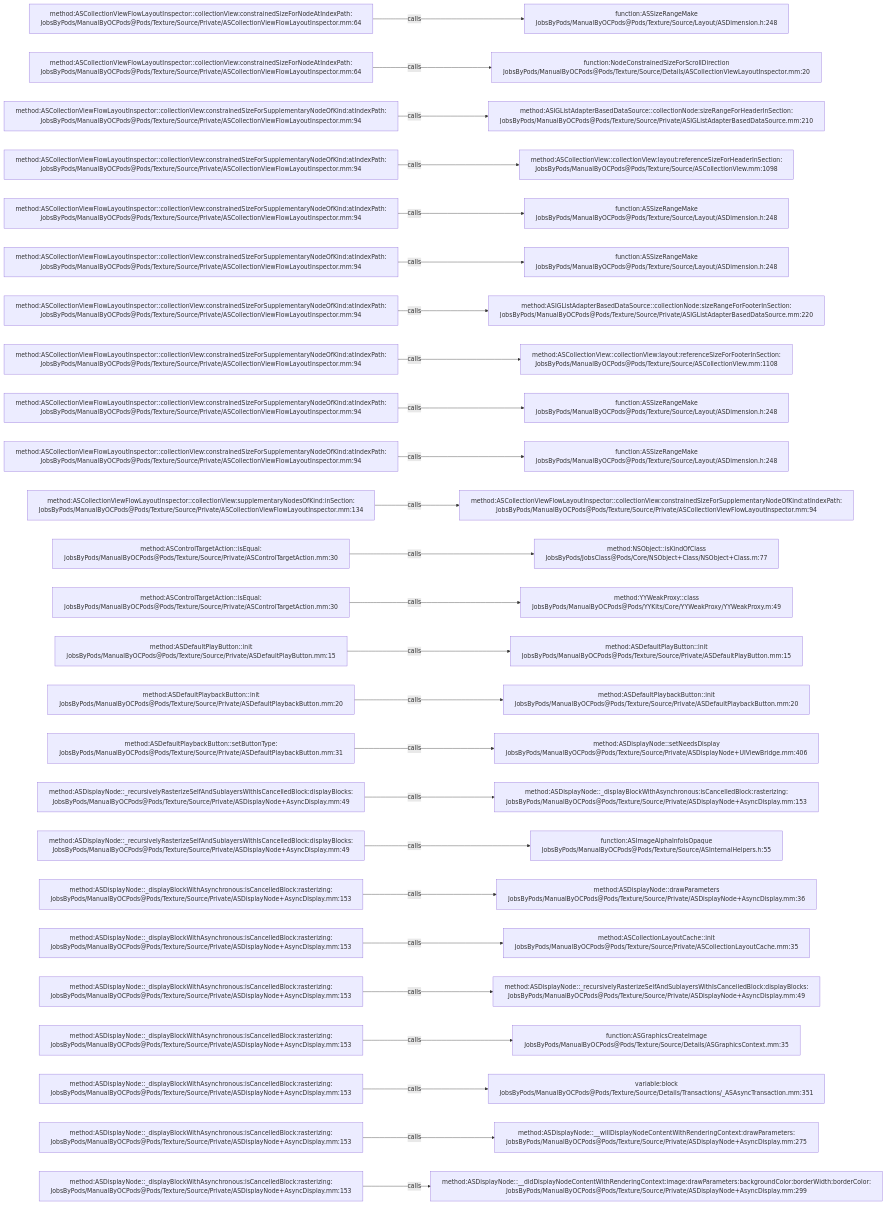
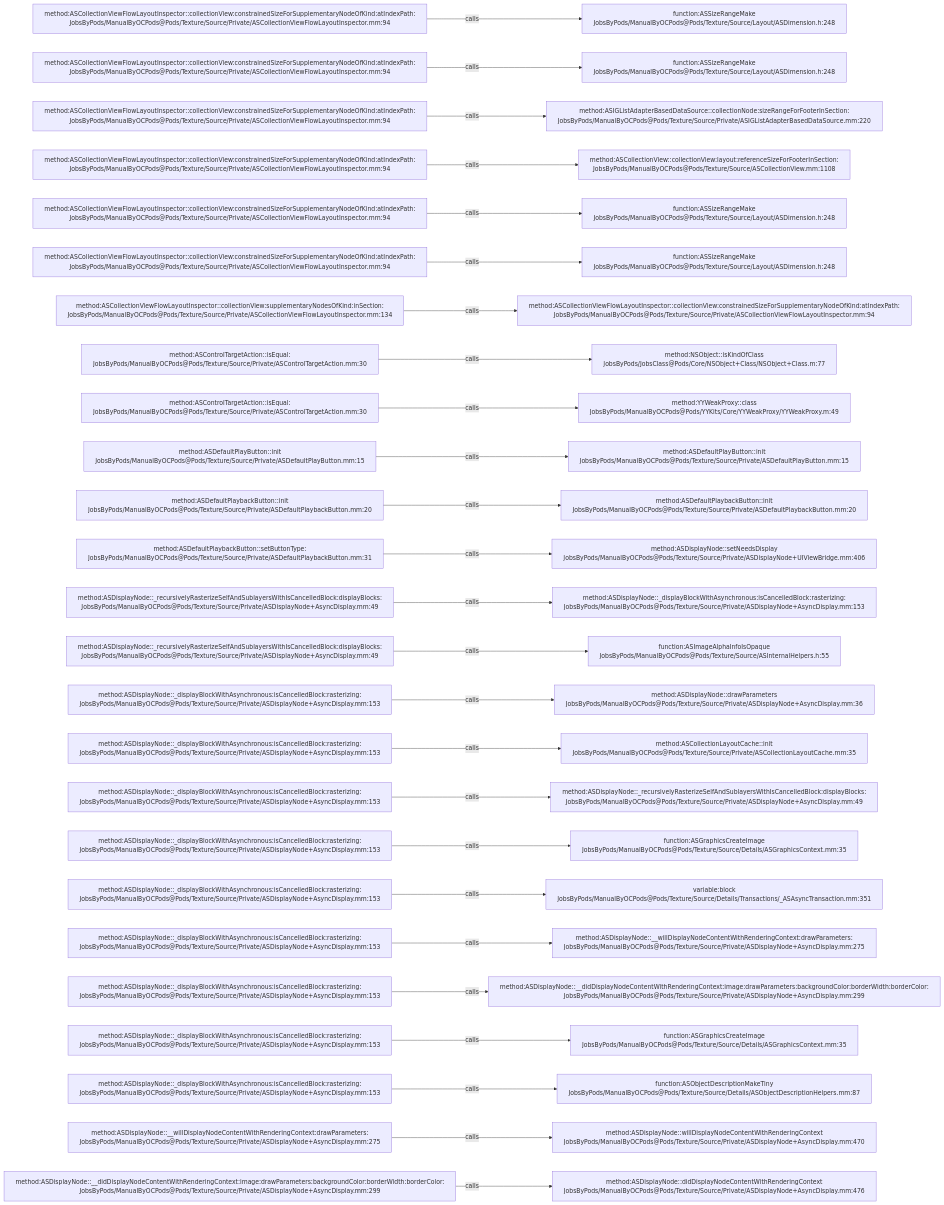
The diagram in .codegraph/codegraph.md/graphs/calls-184.md (JobsKits/JobsOCBaseConfigDemo), drawn with Mermaid before and after one commit. The commit also changed 727 other files, not shown here.

````diff
--- a/.codegraph/codegraph.md/graphs/calls-184.md
+++ b/.codegraph/codegraph.md/graphs/calls-184.md
@@ -13,78 +13,78 @@
 ```mermaid
 flowchart LR
-  S1["method:ASCollectionViewFlowLayoutInspector::collectionView:constrainedSizeForNodeAtIndexPath:<br/>JobsByPods/ManualByOCPods@Pods/Texture/Source/Private/ASCollectionViewFlowLayoutInspector.mm:64"]
+  S1["method:ASCollectionViewFlowLayoutInspector::collectionView:constrainedSizeForSupplementaryNodeOfKind:atIndexPath:<br/>JobsByPods/ManualByOCPods@Pods/Texture/Source/Private/ASCollectionViewFlowLayoutInspector.mm:94"]
   T1["function:ASSizeRangeMake<br/>JobsByPods/ManualByOCPods@Pods/Texture/Source/Layout/ASDimension.h:248"]
   S1 -->|calls| T1
-  S2["method:ASCollectionViewFlowLayoutInspector::collectionView:constrainedSizeForNodeAtIndexPath:<br/>JobsByPods/ManualByOCPods@Pods/Texture/Source/Private/ASCollectionViewFlowLayoutInspector.mm:64"]
-  T2["function:NodeConstrainedSizeForScrollDirection<br/>JobsByPods/ManualByOCPods@Pods/Texture/Source/Details/ASCollectionViewLayoutInspector.mm:20"]
+  S2["method:ASCollectionViewFlowLayoutInspector::collectionView:constrainedSizeForSupplementaryNodeOfKind:atIndexPath:<br/>JobsByPods/ManualByOCPods@Pods/Texture/Source/Private/ASCollectionViewFlowLayoutInspector.mm:94"]
+  T2["function:ASSizeRangeMake<br/>JobsByPods/ManualByOCPods@Pods/Texture/Source/Layout/ASDimension.h:248"]
   S2 -->|calls| T2
   S3["method:ASCollectionViewFlowLayoutInspector::collectionView:constrainedSizeForSupplementaryNodeOfKind:atIndexPath:<br/>JobsByPods/ManualByOCPods@Pods/Texture/Source/Private/ASCollectionViewFlowLayoutInspector.mm:94"]
-  T3["method:ASIGListAdapterBasedDataSource::collectionNode:sizeRangeForHeaderInSection:<br/>JobsByPods/ManualByOCPods@Pods/Texture/Source/Private/ASIGListAdapterBasedDataSource.mm:210"]
+  T3["method:ASIGListAdapterBasedDataSource::collectionNode:sizeRangeForFooterInSection:<br/>JobsByPods/ManualByOCPods@Pods/Texture/Source/Private/ASIGListAdapterBasedDataSource.mm:220"]
   S3 -->|calls| T3
   S4["method:ASCollectionViewFlowLayoutInspector::collectionView:constrainedSizeForSupplementaryNodeOfKind:atIndexPath:<br/>JobsByPods/ManualByOCPods@Pods/Texture/Source/Private/ASCollectionViewFlowLayoutInspector.mm:94"]
-  T4["method:ASCollectionView::collectionView:layout:referenceSizeForHeaderInSection:<br/>JobsByPods/ManualByOCPods@Pods/Texture/Source/ASCollectionView.mm:1098"]
+  T4["method:ASCollectionView::collectionView:layout:referenceSizeForFooterInSection:<br/>JobsByPods/ManualByOCPods@Pods/Texture/Source/ASCollectionView.mm:1108"]
   S4 -->|calls| T4
   S5["method:ASCollectionViewFlowLayoutInspector::collectionView:constrainedSizeForSupplementaryNodeOfKind:atIndexPath:<br/>JobsByPods/ManualByOCPods@Pods/Texture/Source/Private/ASCollectionViewFlowLayoutInspector.mm:94"]
   T5["function:ASSizeRangeMake<br/>JobsByPods/ManualByOCPods@Pods/Texture/Source/Layout/ASDimension.h:248"]
   S5 -->|calls| T5
   S6["method:ASCollectionViewFlowLayoutInspector::collectionView:constrainedSizeForSupplementaryNodeOfKind:atIndexPath:<br/>JobsByPods/ManualByOCPods@Pods/Texture/Source/Private/ASCollectionViewFlowLayoutInspector.mm:94"]
   T6["function:ASSizeRangeMake<br/>JobsByPods/ManualByOCPods@Pods/Texture/Source/Layout/ASDimension.h:248"]
   S6 -->|calls| T6
-  S7["method:ASCollectionViewFlowLayoutInspector::collectionView:constrainedSizeForSupplementaryNodeOfKind:atIndexPath:<br/>JobsByPods/ManualByOCPods@Pods/Texture/Source/Private/ASCollectionViewFlowLayoutInspector.mm:94"]
-  T7["method:ASIGListAdapterBasedDataSource::collectionNode:sizeRangeForFooterInSection:<br/>JobsByPods/ManualByOCPods@Pods/Texture/Source/Private/ASIGListAdapterBasedDataSource.mm:220"]
+  S7["method:ASCollectionViewFlowLayoutInspector::collectionView:supplementaryNodesOfKind:inSection:<br/>JobsByPods/ManualByOCPods@Pods/Texture/Source/Private/ASCollectionViewFlowLayoutInspector.mm:134"]
+  T7["method:ASCollectionViewFlowLayoutInspector::collectionView:constrainedSizeForSupplementaryNodeOfKind:atIndexPath:<br/>JobsByPods/ManualByOCPods@Pods/Texture/Source/Private/ASCollectionViewFlowLayoutInspector.mm:94"]
   S7 -->|calls| T7
-  S8["method:ASCollectionViewFlowLayoutInspector::collectionView:constrainedSizeForSupplementaryNodeOfKind:atIndexPath:<br/>JobsByPods/ManualByOCPods@Pods/Texture/Source/Private/ASCollectionViewFlowLayoutInspector.mm:94"]
-  T8["method:ASCollectionView::collectionView:layout:referenceSizeForFooterInSection:<br/>JobsByPods/ManualByOCPods@Pods/Texture/Source/ASCollectionView.mm:1108"]
+  S8["method:ASControlTargetAction::isEqual:<br/>JobsByPods/ManualByOCPods@Pods/Texture/Source/Private/ASControlTargetAction.mm:30"]
+  T8["method:NSObject::isKindOfClass<br/>JobsByPods/JobsClass@Pods/Core/NSObject+Class/NSObject+Class.m:77"]
   S8 -->|calls| T8
-  S9["method:ASCollectionViewFlowLayoutInspector::collectionView:constrainedSizeForSupplementaryNodeOfKind:atIndexPath:<br/>JobsByPods/ManualByOCPods@Pods/Texture/Source/Private/ASCollectionViewFlowLayoutInspector.mm:94"]
-  T9["function:ASSizeRangeMake<br/>JobsByPods/ManualByOCPods@Pods/Texture/Source/Layout/ASDimension.h:248"]
+  S9["method:ASControlTargetAction::isEqual:<br/>JobsByPods/ManualByOCPods@Pods/Texture/Source/Private/ASControlTargetAction.mm:30"]
+  T9["method:YYWeakProxy::class<br/>JobsByPods/ManualByOCPods@Pods/YYKits/Core/YYWeakProxy/YYWeakProxy.m:49"]
   S9 -->|calls| T9
-  S10["method:ASCollectionViewFlowLayoutInspector::collectionView:constrainedSizeForSupplementaryNodeOfKind:atIndexPath:<br/>JobsByPods/ManualByOCPods@Pods/Texture/Source/Private/ASCollectionViewFlowLayoutInspector.mm:94"]
-  T10["function:ASSizeRangeMake<br/>JobsByPods/ManualByOCPods@Pods/Texture/Source/Layout/ASDimension.h:248"]
+  S10["method:ASDefaultPlayButton::init<br/>JobsByPods/ManualByOCPods@Pods/Texture/Source/Private/ASDefaultPlayButton.mm:15"]
+  T10["method:ASDefaultPlayButton::init<br/>JobsByPods/ManualByOCPods@Pods/Texture/Source/Private/ASDefaultPlayButton.mm:15"]
   S10 -->|calls| T10
-  S11["method:ASCollectionViewFlowLayoutInspector::collectionView:supplementaryNodesOfKind:inSection:<br/>JobsByPods/ManualByOCPods@Pods/Texture/Source/Private/ASCollectionViewFlowLayoutInspector.mm:134"]
-  T11["method:ASCollectionViewFlowLayoutInspector::collectionView:constrainedSizeForSupplementaryNodeOfKind:atIndexPath:<br/>JobsByPods/ManualByOCPods@Pods/Texture/Source/Private/ASCollectionViewFlowLayoutInspector.mm:94"]
+  S11["method:ASDefaultPlaybackButton::init<br/>JobsByPods/ManualByOCPods@Pods/Texture/Source/Private/ASDefaultPlaybackButton.mm:20"]
+  T11["method:ASDefaultPlaybackButton::init<br/>JobsByPods/ManualByOCPods@Pods/Texture/Source/Private/ASDefaultPlaybackButton.mm:20"]
   S11 -->|calls| T11
-  S12["method:ASControlTargetAction::isEqual:<br/>JobsByPods/ManualByOCPods@Pods/Texture/Source/Private/ASControlTargetAction.mm:30"]
-  T12["method:NSObject::isKindOfClass<br/>JobsByPods/JobsClass@Pods/Core/NSObject+Class/NSObject+Class.m:77"]
+  S12["method:ASDefaultPlaybackButton::setButtonType:<br/>JobsByPods/ManualByOCPods@Pods/Texture/Source/Private/ASDefaultPlaybackButton.mm:31"]
+  T12["method:ASDisplayNode::setNeedsDisplay<br/>JobsByPods/ManualByOCPods@Pods/Texture/Source/Private/ASDisplayNode+UIViewBridge.mm:406"]
   S12 -->|calls| T12
-  S13["method:ASControlTargetAction::isEqual:<br/>JobsByPods/ManualByOCPods@Pods/Texture/Source/Private/ASControlTargetAction.mm:30"]
-  T13["method:YYWeakProxy::class<br/>JobsByPods/ManualByOCPods@Pods/YYKits/Core/YYWeakProxy/YYWeakProxy.m:49"]
+  S13["method:ASDisplayNode::_recursivelyRasterizeSelfAndSublayersWithIsCancelledBlock:displayBlocks:<br/>JobsByPods/ManualByOCPods@Pods/Texture/Source/Private/ASDisplayNode+AsyncDisplay.mm:49"]
+  T13["method:ASDisplayNode::_displayBlockWithAsynchronous:isCancelledBlock:rasterizing:<br/>JobsByPods/ManualByOCPods@Pods/Texture/Source/Private/ASDisplayNode+AsyncDisplay.mm:153"]
   S13 -->|calls| T13
-  S14["method:ASDefaultPlayButton::init<br/>JobsByPods/ManualByOCPods@Pods/Texture/Source/Private/ASDefaultPlayButton.mm:15"]
-  T14["method:ASDefaultPlayButton::init<br/>JobsByPods/ManualByOCPods@Pods/Texture/Source/Private/ASDefaultPlayButton.mm:15"]
+  S14["method:ASDisplayNode::_recursivelyRasterizeSelfAndSublayersWithIsCancelledBlock:displayBlocks:<br/>JobsByPods/ManualByOCPods@Pods/Texture/Source/Private/ASDisplayNode+AsyncDisplay.mm:49"]
+  T14["function:ASImageAlphaInfoIsOpaque<br/>JobsByPods/ManualByOCPods@Pods/Texture/Source/ASInternalHelpers.h:55"]
   S14 -->|calls| T14
-  S15["method:ASDefaultPlaybackButton::init<br/>JobsByPods/ManualByOCPods@Pods/Texture/Source/Private/ASDefaultPlaybackButton.mm:20"]
-  T15["method:ASDefaultPlaybackButton::init<br/>JobsByPods/ManualByOCPods@Pods/Texture/Source/Private/ASDefaultPlaybackButton.mm:20"]
+  S15["method:ASDisplayNode::_displayBlockWithAsynchronous:isCancelledBlock:rasterizing:<br/>JobsByPods/ManualByOCPods@Pods/Texture/Source/Private/ASDisplayNode+AsyncDisplay.mm:153"]
+  T15["method:ASDisplayNode::drawParameters<br/>JobsByPods/ManualByOCPods@Pods/Texture/Source/Private/ASDisplayNode+AsyncDisplay.mm:36"]
   S15 -->|calls| T15
-  S16["method:ASDefaultPlaybackButton::setButtonType:<br/>JobsByPods/ManualByOCPods@Pods/Texture/Source/Private/ASDefaultPlaybackButton.mm:31"]
-  T16["method:ASDisplayNode::setNeedsDisplay<br/>JobsByPods/ManualByOCPods@Pods/Texture/Source/Private/ASDisplayNode+UIViewBridge.mm:406"]
+  S16["method:ASDisplayNode::_displayBlockWithAsynchronous:isCancelledBlock:rasterizing:<br/>JobsByPods/ManualByOCPods@Pods/Texture/Source/Private/ASDisplayNode+AsyncDisplay.mm:153"]
+  T16["method:ASCollectionLayoutCache::init<br/>JobsByPods/ManualByOCPods@Pods/Texture/Source/Private/ASCollectionLayoutCache.mm:35"]
   S16 -->|calls| T16
-  S17["method:ASDisplayNode::_recursivelyRasterizeSelfAndSublayersWithIsCancelledBlock:displayBlocks:<br/>JobsByPods/ManualByOCPods@Pods/Texture/Source/Private/ASDisplayNode+AsyncDisplay.mm:49"]
-  T17["method:ASDisplayNode::_displayBlockWithAsynchronous:isCancelledBlock:rasterizing:<br/>JobsByPods/ManualByOCPods@Pods/Texture/Source/Private/ASDisplayNode+AsyncDisplay.mm:153"]
+  S17["method:ASDisplayNode::_displayBlockWithAsynchronous:isCancelledBlock:rasterizing:<br/>JobsByPods/ManualByOCPods@Pods/Texture/Source/Private/ASDisplayNode+AsyncDisplay.mm:153"]
+  T17["method:ASDisplayNode::_recursivelyRasterizeSelfAndSublayersWithIsCancelledBlock:displayBlocks:<br/>JobsByPods/ManualByOCPods@Pods/Texture/Source/Private/ASDisplayNode+AsyncDisplay.mm:49"]
   S17 -->|calls| T17
-  S18["method:ASDisplayNode::_recursivelyRasterizeSelfAndSublayersWithIsCancelledBlock:displayBlocks:<br/>JobsByPods/ManualByOCPods@Pods/Texture/Source/Private/ASDisplayNode+AsyncDisplay.mm:49"]
-  T18["function:ASImageAlphaInfoIsOpaque<br/>JobsByPods/ManualByOCPods@Pods/Texture/Source/ASInternalHelpers.h:55"]
+  S18["method:ASDisplayNode::_displayBlockWithAsynchronous:isCancelledBlock:rasterizing:<br/>JobsByPods/ManualByOCPods@Pods/Texture/Source/Private/ASDisplayNode+AsyncDisplay.mm:153"]
+  T18["function:ASGraphicsCreateImage<br/>JobsByPods/ManualByOCPods@Pods/Texture/Source/Details/ASGraphicsContext.mm:35"]
   S18 -->|calls| T18
   S19["method:ASDisplayNode::_displayBlockWithAsynchronous:isCancelledBlock:rasterizing:<br/>JobsByPods/ManualByOCPods@Pods/Texture/Source/Private/ASDisplayNode+AsyncDisplay.mm:153"]
-  T19["method:ASDisplayNode::drawParameters<br/>JobsByPods/ManualByOCPods@Pods/Texture/Source/Private/ASDisplayNode+AsyncDisplay.mm:36"]
+  T19["variable:block<br/>JobsByPods/ManualByOCPods@Pods/Texture/Source/Details/Transactions/_ASAsyncTransaction.mm:351"]
   S19 -->|calls| T19
   S20["method:ASDisplayNode::_displayBlockWithAsynchronous:isCancelledBlock:rasterizing:<br/>JobsByPods/ManualByOCPods@Pods/Texture/Source/Private/ASDisplayNode+AsyncDisplay.mm:153"]
-  T20["method:ASCollectionLayoutCache::init<br/>JobsByPods/ManualByOCPods@Pods/Texture/Source/Private/ASCollectionLayoutCache.mm:35"]
+  T20["method:ASDisplayNode::__willDisplayNodeContentWithRenderingContext:drawParameters:<br/>JobsByPods/ManualByOCPods@Pods/Texture/Source/Private/ASDisplayNode+AsyncDisplay.mm:275"]
   S20 -->|calls| T20
   S21["method:ASDisplayNode::_displayBlockWithAsynchronous:isCancelledBlock:rasterizing:<br/>JobsByPods/ManualByOCPods@Pods/Texture/Source/Private/ASDisplayNode+AsyncDisplay.mm:153"]
-  T21["method:ASDisplayNode::_recursivelyRasterizeSelfAndSublayersWithIsCancelledBlock:displayBlocks:<br/>JobsByPods/ManualByOCPods@Pods/Texture/Source/Private/ASDisplayNode+AsyncDisplay.mm:49"]
+  T21["method:ASDisplayNode::__didDisplayNodeContentWithRenderingContext:image:drawParameters:backgroundColor:borderWidth:borderColor:<br/>JobsByPods/ManualByOCPods@Pods/Texture/Source/Private/ASDisplayNode+AsyncDisplay.mm:299"]
   S21 -->|calls| T21
   S22["method:ASDisplayNode::_displayBlockWithAsynchronous:isCancelledBlock:rasterizing:<br/>JobsByPods/ManualByOCPods@Pods/Texture/Source/Private/ASDisplayNode+AsyncDisplay.mm:153"]
   T22["function:ASGraphicsCreateImage<br/>JobsByPods/ManualByOCPods@Pods/Texture/Source/Details/ASGraphicsContext.mm:35"]
   S22 -->|calls| T22
   S23["method:ASDisplayNode::_displayBlockWithAsynchronous:isCancelledBlock:rasterizing:<br/>JobsByPods/ManualByOCPods@Pods/Texture/Source/Private/ASDisplayNode+AsyncDisplay.mm:153"]
-  T23["variable:block<br/>JobsByPods/ManualByOCPods@Pods/Texture/Source/Details/Transactions/_ASAsyncTransaction.mm:351"]
+  T23["function:ASObjectDescriptionMakeTiny<br/>JobsByPods/ManualByOCPods@Pods/Texture/Source/Details/ASObjectDescriptionHelpers.mm:87"]
   S23 -->|calls| T23
-  S24["method:ASDisplayNode::_displayBlockWithAsynchronous:isCancelledBlock:rasterizing:<br/>JobsByPods/ManualByOCPods@Pods/Texture/Source/Private/ASDisplayNode+AsyncDisplay.mm:153"]
-  T24["method:ASDisplayNode::__willDisplayNodeContentWithRenderingContext:drawParameters:<br/>JobsByPods/ManualByOCPods@Pods/Texture/Source/Private/ASDisplayNode+AsyncDisplay.mm:275"]
+  S24["method:ASDisplayNode::__willDisplayNodeContentWithRenderingContext:drawParameters:<br/>JobsByPods/ManualByOCPods@Pods/Texture/Source/Private/ASDisplayNode+AsyncDisplay.mm:275"]
+  T24["method:ASDisplayNode::willDisplayNodeContentWithRenderingContext<br/>JobsByPods/ManualByOCPods@Pods/Texture/Source/Private/ASDisplayNode+AsyncDisplay.mm:470"]
   S24 -->|calls| T24
-  S25["method:ASDisplayNode::_displayBlockWithAsynchronous:isCancelledBlock:rasterizing:<br/>JobsByPods/ManualByOCPods@Pods/Texture/Source/Private/ASDisplayNode+AsyncDisplay.mm:153"]
-  T25["method:ASDisplayNode::__didDisplayNodeContentWithRenderingContext:image:drawParameters:backgroundColor:borderWidth:borderColor:<br/>JobsByPods/ManualByOCPods@Pods/Texture/Source/Private/ASDisplayNode+AsyncDisplay.mm:299"]
+  S25["method:ASDisplayNode::__didDisplayNodeContentWithRenderingContext:image:drawParameters:backgroundColor:borderWidth:borderColor:<br/>JobsByPods/ManualByOCPods@Pods/Texture/Source/Private/ASDisplayNode+AsyncDisplay.mm:299"]
+  T25["method:ASDisplayNode::didDisplayNodeContentWithRenderingContext<br/>JobsByPods/ManualByOCPods@Pods/Texture/Source/Private/ASDisplayNode+AsyncDisplay.mm:476"]
   S25 -->|calls| T25
 ```
````
